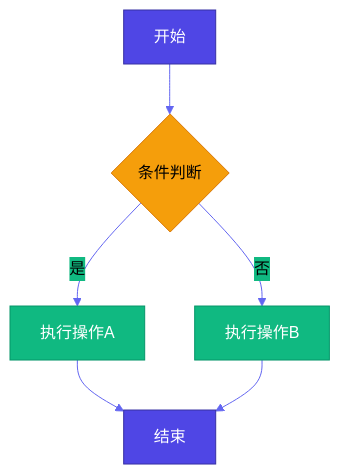
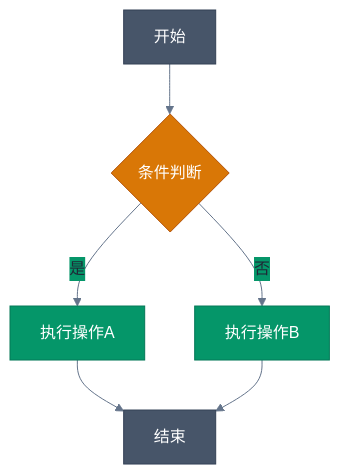
One commit to unix2dos/skills changed the fourth of 17 diagrams in mermaid-generator/SKILL.md. Above: the diagram before and after it, drawn with Mermaid. The commit also changed other lines of this file, not shown here.

````diff
--- a/mermaid-generator/SKILL.md
+++ b/mermaid-generator/SKILL.md
@@ -122,17 +123,17 @@
 ```mermaid
-%%{init: {'theme': 'base', 'themeVariables': { 'primaryColor': '#4F46E5', 'primaryTextColor': '#000', 'primaryBorderColor': '#3730A3', 'lineColor': '#6366F1', 'secondaryColor': '#10B981', 'tertiaryColor': '#F59E0B'}}}%%
+%%{init: {'theme': 'base', 'themeVariables': { 'primaryColor': '#475569', 'primaryTextColor': '#1F2937', 'primaryBorderColor': '#334155', 'lineColor': '#64748B', 'secondaryColor': '#059669', 'tertiaryColor': '#D97706'}}}%%
 flowchart TD
     A["开始"] --> B{"条件判断"}
     B -->|"是"| C["执行操作A"]
     B -->|"否"| D["执行操作B"]
     C --> E["结束"]
     D --> E
 
-    classDef primary fill:#4F46E5,stroke:#3730A3,color:#fff
-    classDef success fill:#10B981,stroke:#059669,color:#fff
-    classDef decision fill:#F59E0B,stroke:#D97706,color:#000
+    classDef primary fill:#475569,stroke:#334155,color:#fff
+    classDef success fill:#059669,stroke:#047857,color:#fff
+    classDef decision fill:#D97706,stroke:#B45309,color:#fff
 
     class A,E primary
     class C,D success
     class B decision
 ```
````
